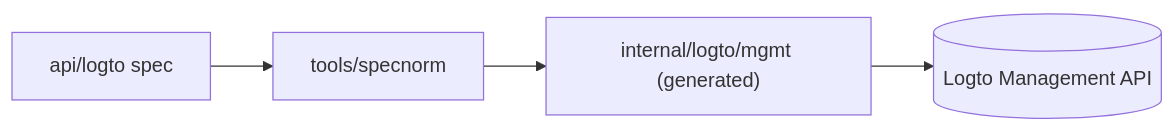
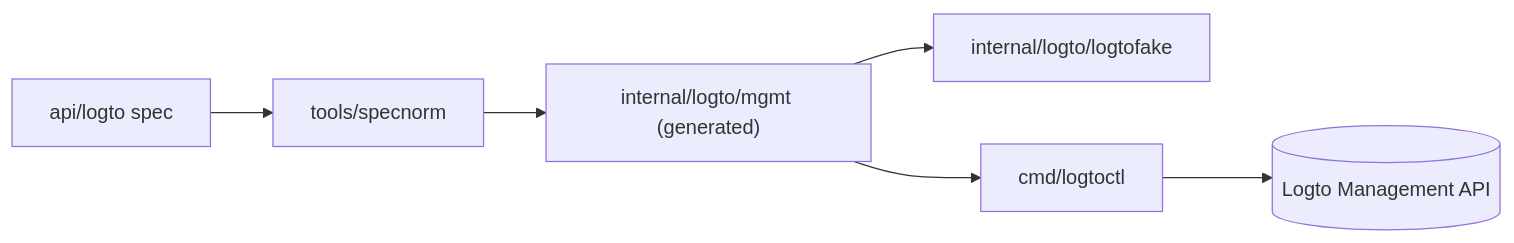
The diagram in aidd_docs/memory/architecture.md (Aliud-Corp/logto-operator), drawn with Mermaid before and after one commit. The commit also changed other lines of this file and 6 other files, not shown here.

Commit message:
docs(memory): describe the fake Management API and the CLI stub

````diff
--- a/aidd_docs/memory/architecture.md
+++ b/aidd_docs/memory/architecture.md
@@ -11,5 +11,7 @@
 ```mermaid
 flowchart LR
     spec["api/logto spec"] --> norm["tools/specnorm"] --> gen["internal/logto/mgmt (generated)"]
-    gen --> logto[("Logto Management API")]
+    gen --> fake["internal/logto/logtofake"]
+    gen --> cli["cmd/logtoctl"]
+    cli --> logto[("Logto Management API")]
 ```
````
